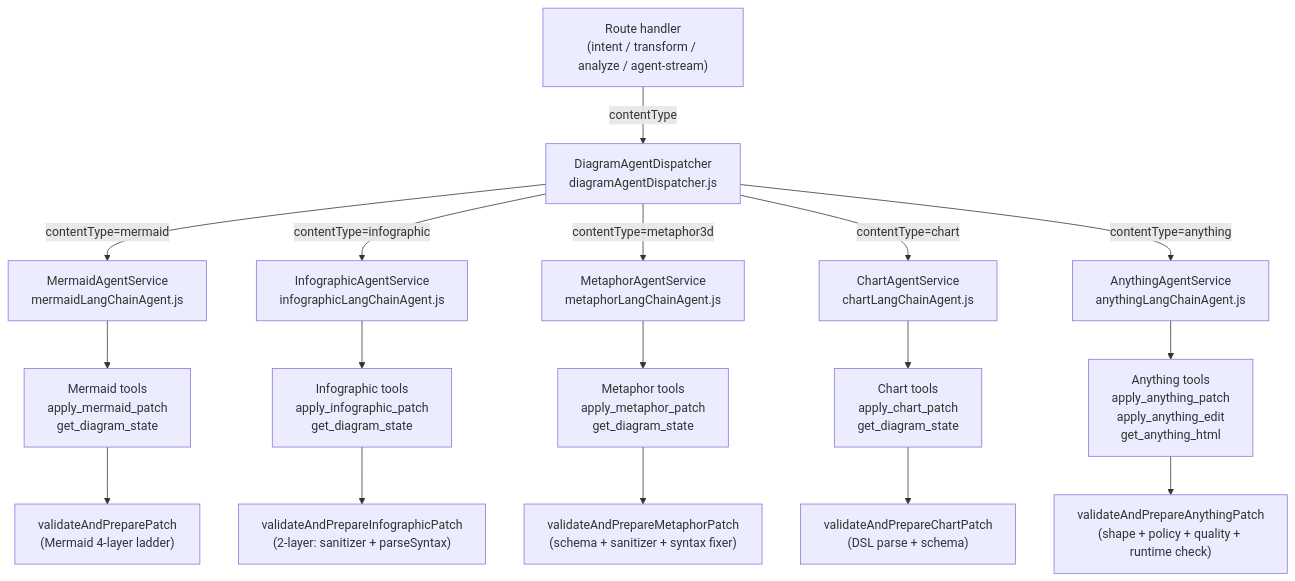
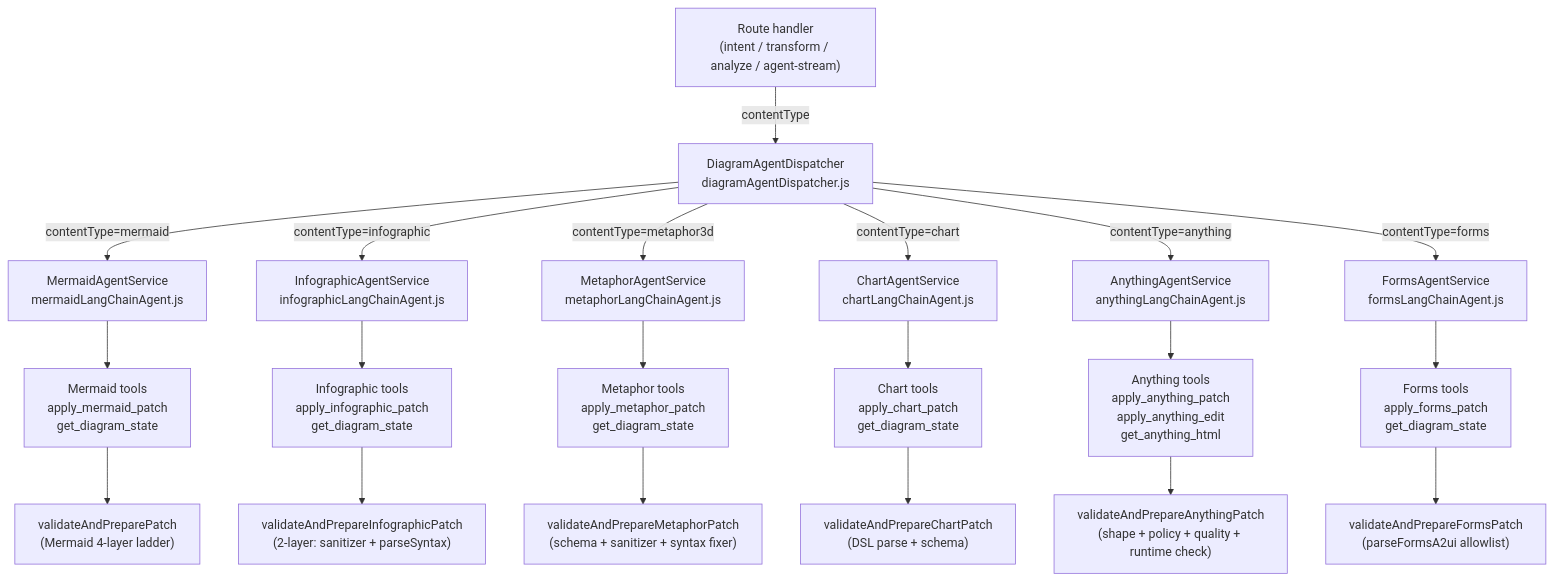
One commit to acuhlmann/mermaid-gen changed the first of 2 diagrams in docs/guide/agents.md. Above: the diagram before and after it, drawn with Mermaid. The commit also changed other lines of this file and 7 other files, not shown here.

````diff
--- a/docs/guide/agents.md
+++ b/docs/guide/agents.md
@@ -7,19 +7,22 @@
 ```mermaid
 flowchart TB
   Route["Route handler\n(intent / transform / analyze / agent-stream)"] -->|"contentType"| D["DiagramAgentDispatcher\ndiagramAgentDispatcher.js"]
   D -->|"contentType=mermaid"| MAS["MermaidAgentService\nmermaidLangChainAgent.js"]
   D -->|"contentType=infographic"| IAS["InfographicAgentService\ninfographicLangChainAgent.js"]
   D -->|"contentType=metaphor3d"| MES["MetaphorAgentService\nmetaphorLangChainAgent.js"]
   D -->|"contentType=chart"| CAS["ChartAgentService\nchartLangChainAgent.js"]
   D -->|"contentType=anything"| AAS["AnythingAgentService\nanythingLangChainAgent.js"]
+  D -->|"contentType=forms"| FAS["FormsAgentService\nformsLangChainAgent.js"]
   MAS --> MT["Mermaid tools\napply_mermaid_patch\nget_diagram_state"]
   IAS --> IT["Infographic tools\napply_infographic_patch\nget_diagram_state"]
   MES --> MET["Metaphor tools\napply_metaphor_patch\nget_diagram_state"]
   CAS --> CT["Chart tools\napply_chart_patch\nget_diagram_state"]
   AAS --> AT["Anything tools\napply_anything_patch\napply_anything_edit\nget_anything_html"]
+  FAS --> FT["Forms tools\napply_forms_patch\nget_diagram_state"]
   MT --> MV["validateAndPreparePatch\n(Mermaid 4-layer ladder)"]
   IT --> IV["validateAndPrepareInfographicPatch\n(2-layer: sanitizer + parseSyntax)"]
   MET --> MEV["validateAndPrepareMetaphorPatch\n(schema + sanitizer + syntax fixer)"]
   CT --> CV["validateAndPrepareChartPatch\n(DSL parse + schema)"]
   AT --> AV["validateAndPrepareAnythingPatch\n(shape + policy + quality + runtime check)"]
+  FT --> FV["validateAndPrepareFormsPatch\n(parseFormsA2ui allowlist)"]
 ```
````
